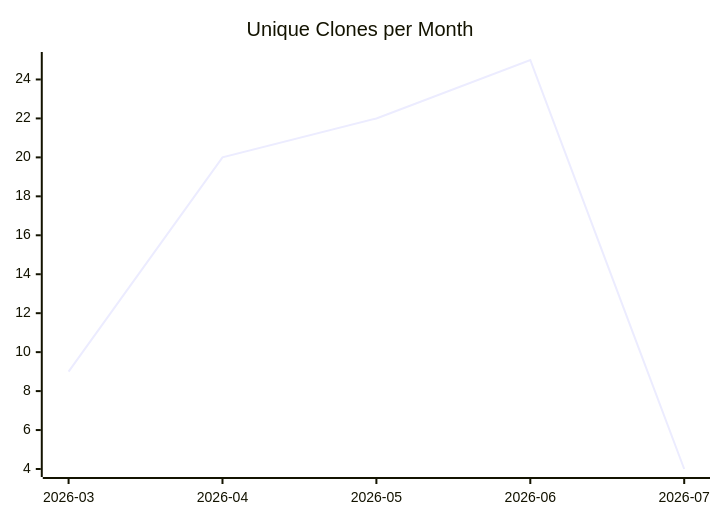
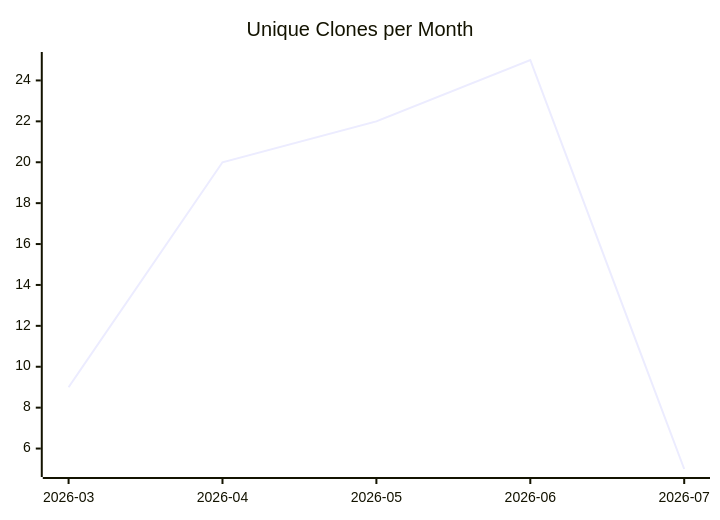
One commit to justdavis-family/github-analytics-data changed the third of 3 diagrams in karlmdavis/kxml2/README.md. Above: the diagram before and after it, drawn with Mermaid. The commit also changed other lines of this file and 186 other files, not shown here.

````diff
--- a/karlmdavis/kxml2/README.md
+++ b/karlmdavis/kxml2/README.md
@@ -19,6 +19,6 @@
 ```mermaid
 xychart-beta
   title "Unique Clones per Month"
   x-axis ["2026-03", "2026-04", "2026-05", "2026-06", "2026-07"]
-  line [9, 20, 22, 25, 4]
+  line [9, 20, 22, 25, 5]
 ```
````
